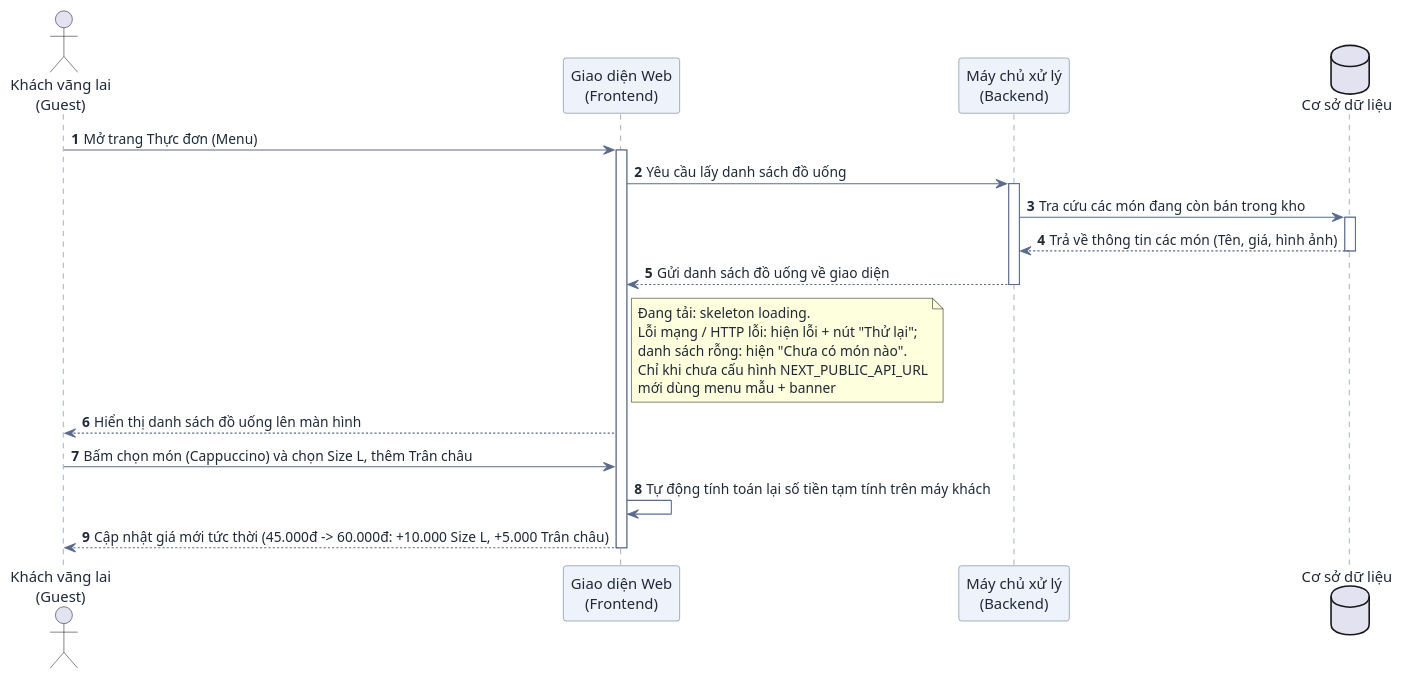
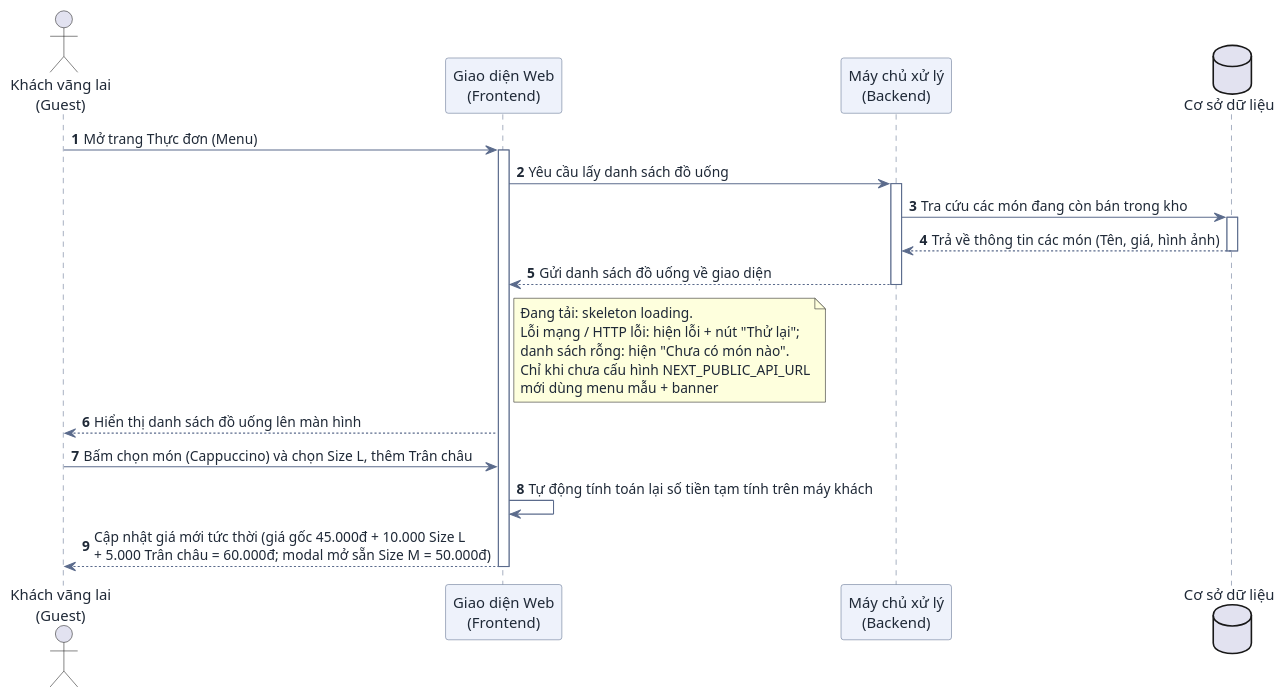
The first of 9 diagrams in docs/user-sequence-specifications.md (DuVinhLoi/BrewLite), drawn with PlantUML before and after one commit. The commit also changed other lines of this file and 3 other files, not shown here.

First line of the commit message:
docs: dong bo use-case/sequence voi code, plan doc-code-sync, rule .claude/rules/doc-code-sync.md

````diff
--- a/docs/user-sequence-specifications.md
+++ b/docs/user-sequence-specifications.md
@@ -102,36 +102,36 @@
 ```plantuml
 @startuml
 skinparam DefaultFontColor #1f2937
 skinparam ArrowColor #5b6b8c
 skinparam SequenceParticipantBackgroundColor #eef2fb
 skinparam SequenceParticipantBorderColor #5b6b8c
 skinparam SequenceLifeLineBorderColor #5b6b8c
 
 autonumber
 actor "Khách vãng lai\n(Guest)" as User
 participant "Giao diện Web\n(Frontend)" as FE
 participant "Máy chủ xử lý\n(Backend)" as BE
 database "Cơ sở dữ liệu" as DB
 
 User -> FE : Mở trang Thực đơn (Menu)
 activate FE
 
 FE -> BE : Yêu cầu lấy danh sách đồ uống
 activate BE
 
 BE -> DB : Tra cứu các món đang còn bán trong kho
 activate DB
 DB --> BE : Trả về thông tin các món (Tên, giá, hình ảnh)
 deactivate DB
 
 BE --> FE : Gửi danh sách đồ uống về giao diện
 note right of FE : Đang tải: skeleton loading.\nLỗi mạng / HTTP lỗi: hiện lỗi + nút "Thử lại";\ndanh sách rỗng: hiện "Chưa có món nào".\nChỉ khi chưa cấu hình NEXT_PUBLIC_API_URL\nmới dùng menu mẫu + banner
 deactivate BE
 
 FE --> User : Hiển thị danh sách đồ uống lên màn hình
 User -> FE : Bấm chọn món (Cappuccino) và chọn Size L, thêm Trân châu
 FE -> FE : Tự động tính toán lại số tiền tạm tính trên máy khách
-FE --> User : Cập nhật giá mới tức thời (45.000đ -> 60.000đ: +10.000 Size L, +5.000 Trân châu)
+FE --> User : Cập nhật giá mới tức thời (giá gốc 45.000đ + 10.000 Size L\n+ 5.000 Trân châu = 60.000đ; modal mở sẵn Size M = 50.000đ)
 deactivate FE
 @enduml
 ```
````
